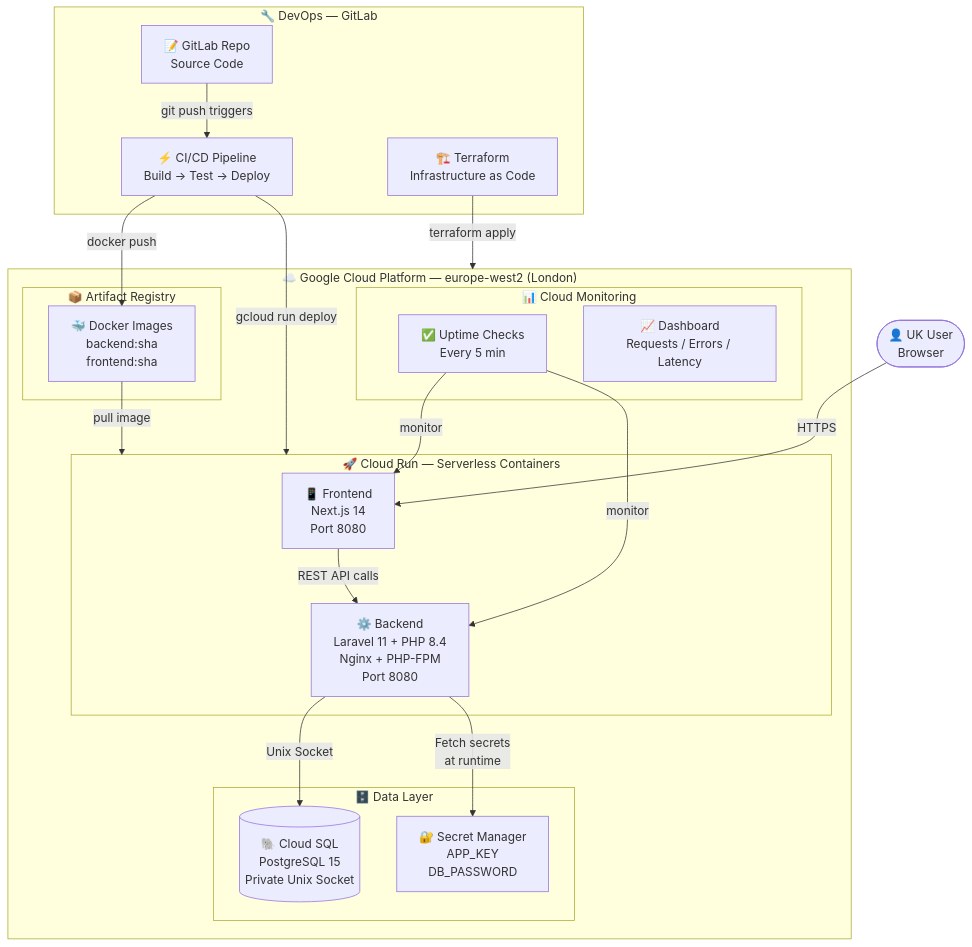
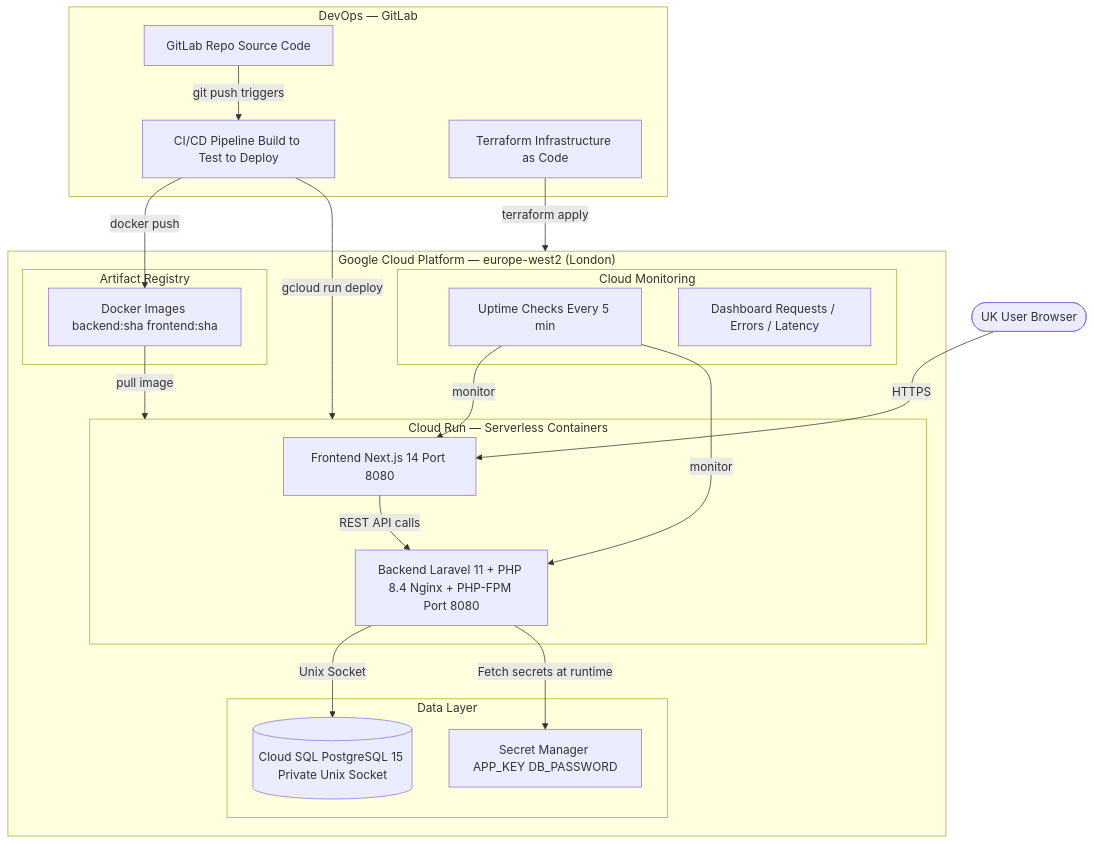
The first of 4 diagrams in README.md (jillani-07/nexus-commerce), drawn with Mermaid before and after one commit. The commit also changed other lines of this file, not shown here.

Commit message:
docs: fix mermaid architecture diagrams - cloud devops focuss

````diff
--- a/README.md
+++ b/README.md
@@ -26,46 +26,46 @@
 ```mermaid
 graph TB
-    User(["👤 UK User<br/>Browser"])
+    User(["UK User Browser"])
 
-    subgraph GCP ["☁️ Google Cloud Platform — europe-west2 (London)"]
+    subgraph GCP ["Google Cloud Platform — europe-west2 (London)"]
         
-        subgraph CloudRun ["🚀 Cloud Run — Serverless Containers"]
-            FE["📱 Frontend<br/>Next.js 14<br/>Port 8080"]
-            BE["⚙️ Backend<br/>Laravel 11 + PHP 8.4<br/>Nginx + PHP-FPM<br/>Port 8080"]
+        subgraph CloudRun ["Cloud Run — Serverless Containers"]
+            FE["Frontend Next.js 14 Port 8080"]
+            BE["Backend Laravel 11 + PHP 8.4 Nginx + PHP-FPM Port 8080"]
         end
 
-        subgraph Data ["🗄️ Data Layer"]
-            SQL[("🐘 Cloud SQL<br/>PostgreSQL 15<br/>Private Unix Socket")]
-            SM["🔐 Secret Manager<br/>APP_KEY<br/>DB_PASSWORD"]
+        subgraph Data ["Data Layer"]
+            SQL[("Cloud SQL PostgreSQL 15 Private Unix Socket")]
+            SM["Secret Manager APP_KEY DB_PASSWORD"]
         end
 
-        subgraph Registry ["📦 Artifact Registry"]
-            IMG["🐳 Docker Images<br/>backend:sha<br/>frontend:sha"]
+        subgraph Registry ["Artifact Registry"]
+            IMG["Docker Images backend:sha frontend:sha"]
         end
 
-        subgraph Monitoring ["📊 Cloud Monitoring"]
-            UP["✅ Uptime Checks<br/>Every 5 min"]
-            DASH["📈 Dashboard<br/>Requests / Errors / Latency"]
+        subgraph Monitoring ["Cloud Monitoring"]
+            UP["Uptime Checks Every 5 min"]
+            DASH["Dashboard Requests / Errors / Latency"]
         end
     end
 
-    subgraph DevOps ["🔧 DevOps — GitLab"]
-        GIT["📝 GitLab Repo<br/>Source Code"]
-        PIPE["⚡ CI/CD Pipeline<br/>Build → Test → Deploy"]
-        TF["🏗️ Terraform<br/>Infrastructure as Code"]
+    subgraph DevOps ["DevOps — GitLab"]
+        GIT["GitLab Repo Source Code"]
+        PIPE["CI/CD Pipeline Build to Test to Deploy"]
+        TF["Terraform Infrastructure as Code"]
     end
 
-    User -->|"HTTPS"| FE
-    FE -->|"REST API calls"| BE
-    BE -->|"Unix Socket"| SQL
-    BE -->|"Fetch secrets<br/>at runtime"| SM
+    User -->|HTTPS| FE
+    FE -->|REST API calls| BE
+    BE -->|Unix Socket| SQL
+    BE -->|Fetch secrets at runtime| SM
 
-    GIT -->|"git push triggers"| PIPE
-    PIPE -->|"docker push"| IMG
-    PIPE -->|"gcloud run deploy"| CloudRun
-    IMG -->|"pull image"| CloudRun
+    GIT -->|git push triggers| PIPE
+    PIPE -->|docker push| IMG
+    PIPE -->|gcloud run deploy| CloudRun
+    IMG -->|pull image| CloudRun
 
-    TF -->|"terraform apply"| GCP
-    UP -->|"monitor"| FE
-    UP -->|"monitor"| BE
+    TF -->|terraform apply| GCP
+    UP -->|monitor| FE
+    UP -->|monitor| BE
 ```
````
